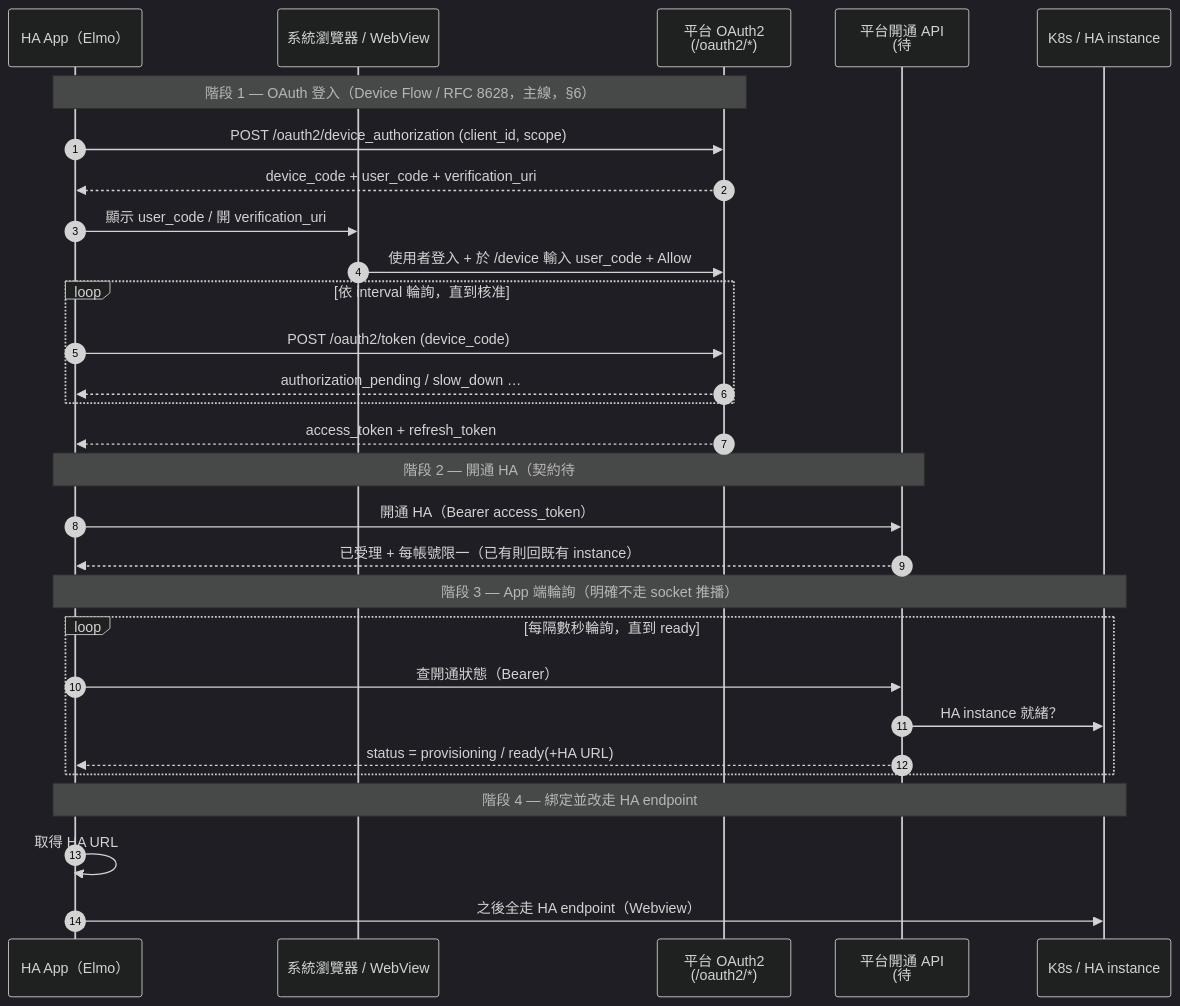
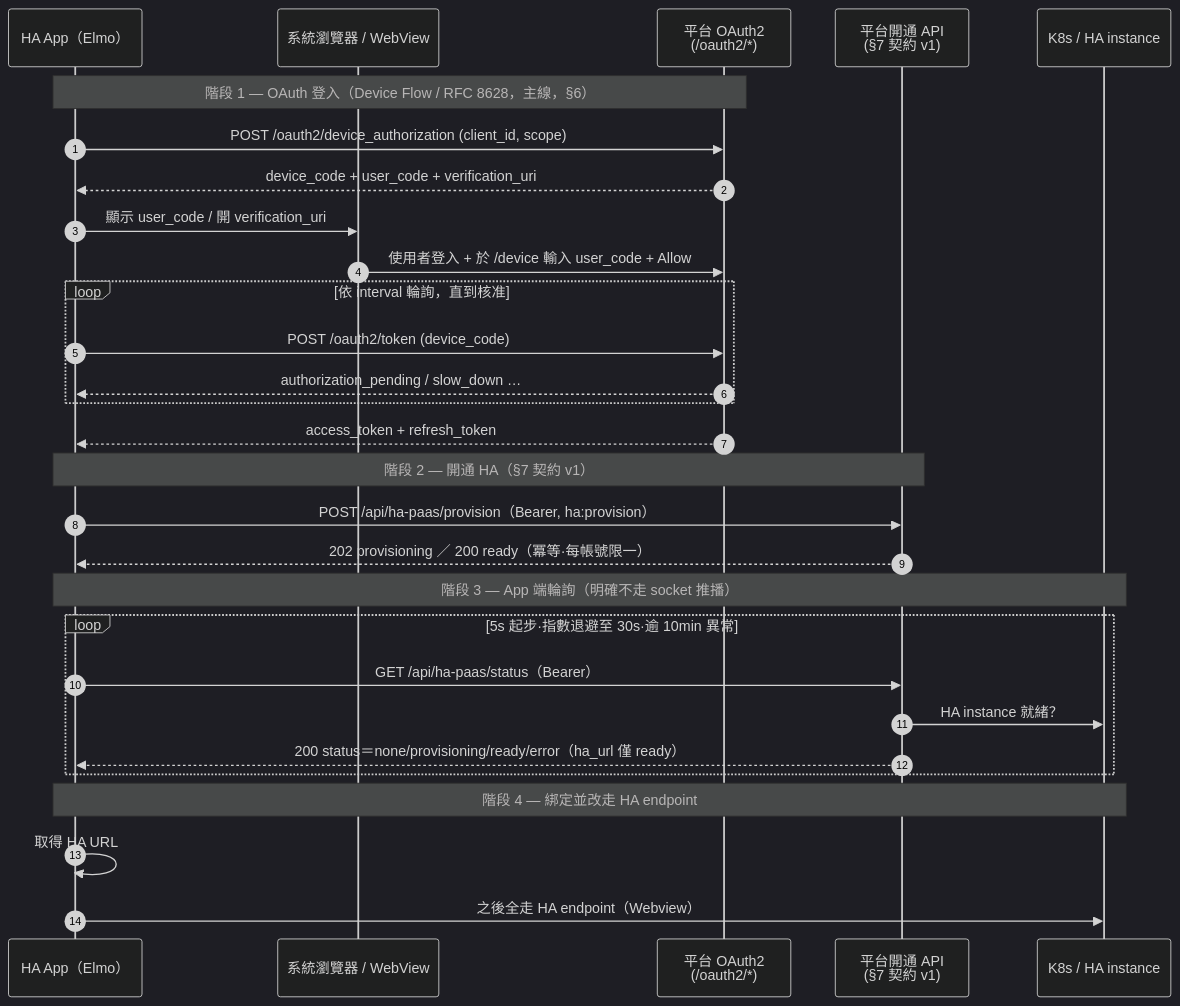
The diagram in docs/reference/api/ha-app-oauth-provisioning.md (WOOWTECH/odoo-addon-woow-paas-platform), drawn with Mermaid (dark theme) before and after one commit. The commit also changed other lines of this file, not shown here.

First line of the commit message:
docs: §7 開通 API 契約 v1（contract-first）——ha:provision scope＋provision/status 端點定案

````diff
--- a/docs/reference/api/ha-app-oauth-provisioning.md
+++ b/docs/reference/api/ha-app-oauth-provisioning.md
@@ -289,35 +307,35 @@
 ```mermaid
 sequenceDiagram
     autonumber
     participant App as HA App（Elmo）
     participant Browser as 系統瀏覽器 / WebView
     participant OAuth as 平台 OAuth2<br/>(/oauth2/*)
-    participant Prov as 平台開通 API<br/>(待 #336)
+    participant Prov as 平台開通 API<br/>(§7 契約 v1)
     participant K8s as K8s / HA instance
 
     Note over App,OAuth: 階段 1 — OAuth 登入（Device Flow / RFC 8628，主線，§6）
     App->>OAuth: POST /oauth2/device_authorization (client_id, scope)
     OAuth-->>App: device_code + user_code + verification_uri
     App->>Browser: 顯示 user_code / 開 verification_uri
     Browser->>OAuth: 使用者登入 + 於 /device 輸入 user_code + Allow
     loop 依 interval 輪詢，直到核准
         App->>OAuth: POST /oauth2/token (device_code)
         OAuth-->>App: authorization_pending / slow_down …
     end
     OAuth-->>App: access_token + refresh_token
 
-    Note over App,Prov: 階段 2 — 開通 HA（契約待 #336）
-    App->>Prov: 開通 HA（Bearer access_token）
-    Prov-->>App: 已受理 + 每帳號限一（已有則回既有 instance）
+    Note over App,Prov: 階段 2 — 開通 HA（§7 契約 v1）
+    App->>Prov: POST /api/ha-paas/provision（Bearer, ha:provision）
+    Prov-->>App: 202 provisioning ／ 200 ready（冪等·每帳號限一）
 
     Note over App,K8s: 階段 3 — App 端輪詢（明確不走 socket 推播）
-    loop 每隔數秒輪詢，直到 ready
-        App->>Prov: 查開通狀態（Bearer）
+    loop 5s 起步·指數退避至 30s·逾 10min 異常
+        App->>Prov: GET /api/ha-paas/status（Bearer）
         Prov->>K8s: HA instance 就緒？
-        Prov-->>App: status = provisioning / ready(+HA URL)
+        Prov-->>App: 200 status＝none/provisioning/ready/error（ha_url 僅 ready）
     end
 
     Note over App,K8s: 階段 4 — 綁定並改走 HA endpoint
     App->>App: 取得 HA URL
     App->>K8s: 之後全走 HA endpoint（Webview）
 ```
````
